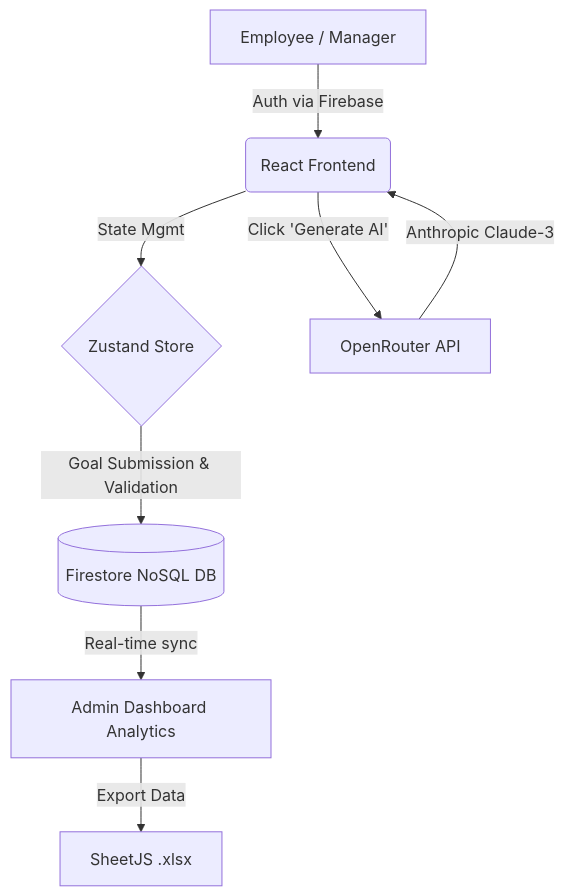
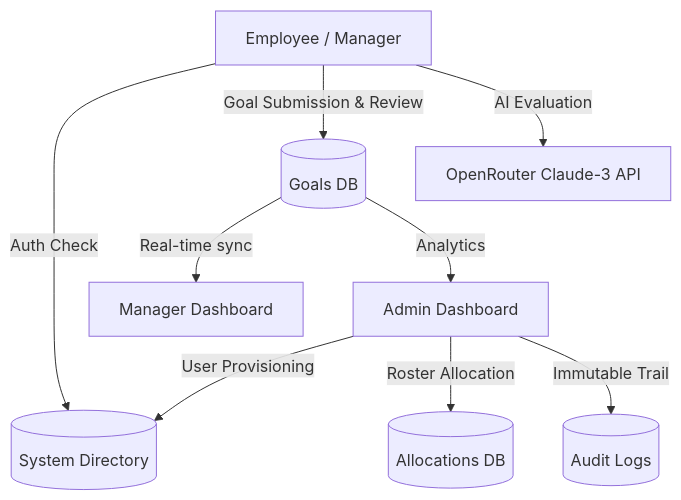
The diagram in README.md (deveshreddyp/atomquest-portal), drawn with Mermaid before and after one commit. The commit also changed other lines of this file, not shown here.

Commit message:
docs: update README with final architecture and enterprise scaling roadmap

````diff
--- a/README.md
+++ b/README.md
@@ -12,10 +12,11 @@
 ```mermaid
 graph TD
-    A[Employee / Manager] -->|Auth via Firebase| B(React Frontend)
-    B -->|State Mgmt| C{Zustand Store}
-    C -->|Goal Submission & Validation| D[(Firestore NoSQL DB)]
-    B -->|Click 'Generate AI'| E[OpenRouter API]
-    E -->|Anthropic Claude-3| B
-    D -->|Real-time sync| F[Admin Dashboard Analytics]
-    F -->|Export Data| G[SheetJS .xlsx]
+    A[Admin Dashboard] -->|User Provisioning| B[(System Directory)]
+    A -->|Roster Allocation| C[(Allocations DB)]
+    D[Employee / Manager] -->|Auth Check| B
+    D -->|Goal Submission & Review| E[(Goals DB)]
+    E -->|Real-time sync| F[Manager Dashboard]
+    E -->|Analytics| A
+    D -->|AI Evaluation| G[OpenRouter Claude-3 API]
+    A -->|Immutable Trail| H[(Audit Logs)]
 ```
````
